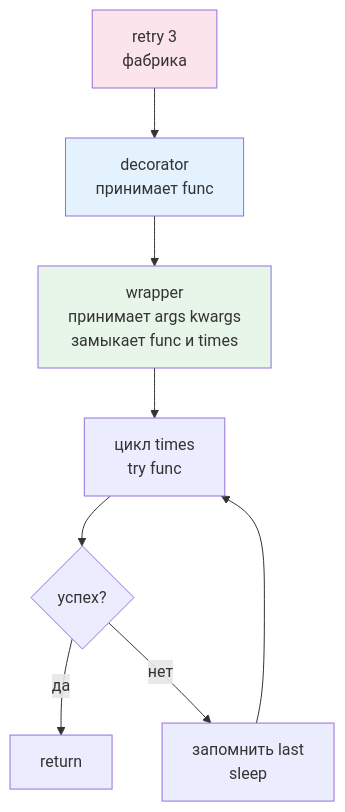
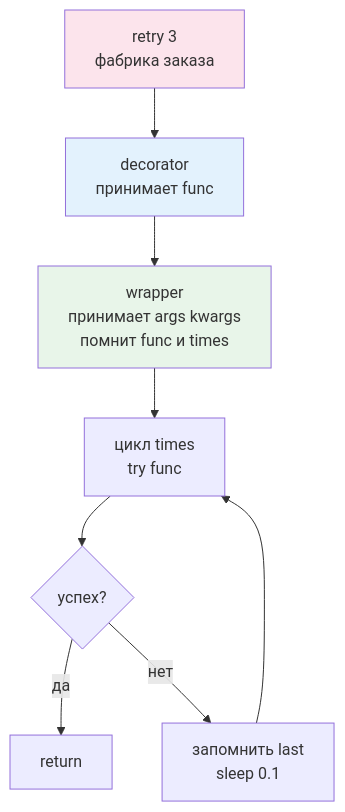
One commit to JayStorm228/College changed the fourth of 6 diagrams in 02_Курсы/01. Инженерные практики Python/01_Лекции/07. Декораторы.md. Above: the diagram before and after it, drawn with Mermaid. The commit also changed other lines of this file and 4 other files, not shown here.

````diff
--- a/02_Курсы/01. Инженерные практики Python/01_Лекции/07. Декораторы.md
+++ b/02_Курсы/01. Инженерные практики Python/01_Лекции/07. Декораторы.md
@@ -168,16 +210,16 @@
 ```mermaid
 flowchart TD
-  A[retry 3<br>фабрика] --> B[decorator<br>принимает func]
-  B --> C[wrapper<br>принимает args kwargs<br>замыкает func и times]
+  A[retry 3<br>фабрика заказа] --> B[decorator<br>принимает func]
+  B --> C[wrapper<br>принимает args kwargs<br>помнит func и times]
   C --> D[цикл times<br>try func]
   D --> E{успех?}
   E -- да --> F[return]
-  E -- нет --> G[запомнить last<br>sleep]
+  E -- нет --> G[запомнить last<br>sleep 0.1]
   G --> D
   classDef fab fill:#fce4ec
   classDef dec fill:#e3f2fd
   classDef wrap fill:#e8f5e9
   class A fab
   class B dec
   class C wrap
 ```
````
